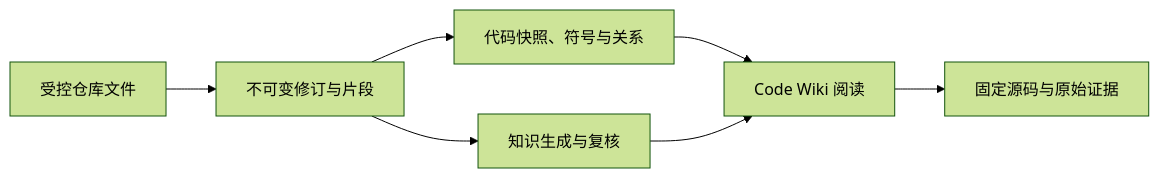
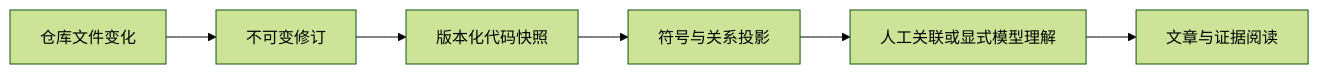
Before and after one commit to lejunyang/omem: the diagram in .repo-review/knowledge/articles/533fd1a4bb3a2c159680bc25bb26fd6d4a7762c632096aa74613a68381131d35.md, drawn with Mermaid (forest theme). The commit also changed other lines of this file and 234 other files, not shown here.

````diff
--- a/.repo-review/knowledge/articles/533fd1a4bb3a2c159680bc25bb26fd6d4a7762c632096aa74613a68381131d35.md
+++ b/.repo-review/knowledge/articles/533fd1a4bb3a2c159680bc25bb26fd6d4a7762c632096aa74613a68381131d35.md
@@ -17,9 +17,8 @@
 ```mermaid
 flowchart LR
-  A[受控仓库文件] --> B[不可变修订与片段]
-  B --> C[代码快照、符号与关系]
-  B --> D[知识生成与复核]
-  C --> E[Code Wiki 阅读]
-  D --> E
-  E --> F[固定源码与原始证据]
+  A[仓库文件变化] --> B[不可变修订]
+  B --> C[版本化代码快照]
+  C --> D[符号与关系投影]
+  D --> E[人工关联或显式模型理解]
+  E --> F[文章与证据阅读]
 ```
````
